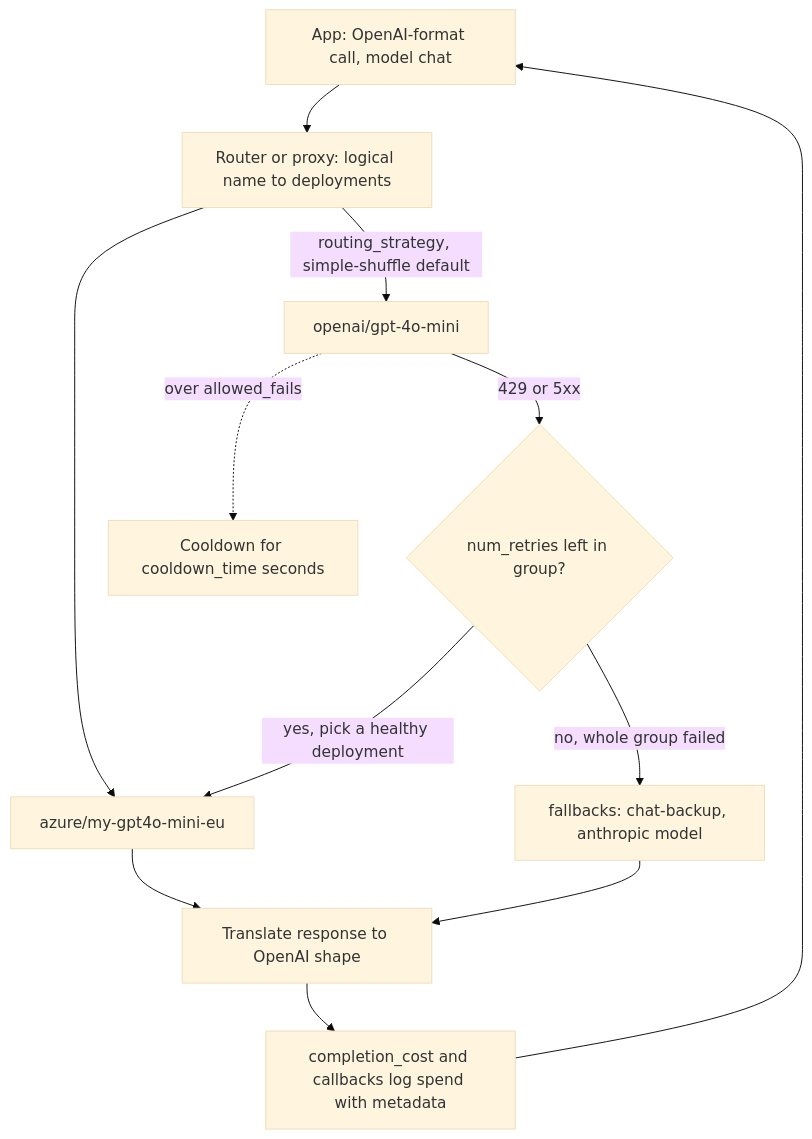
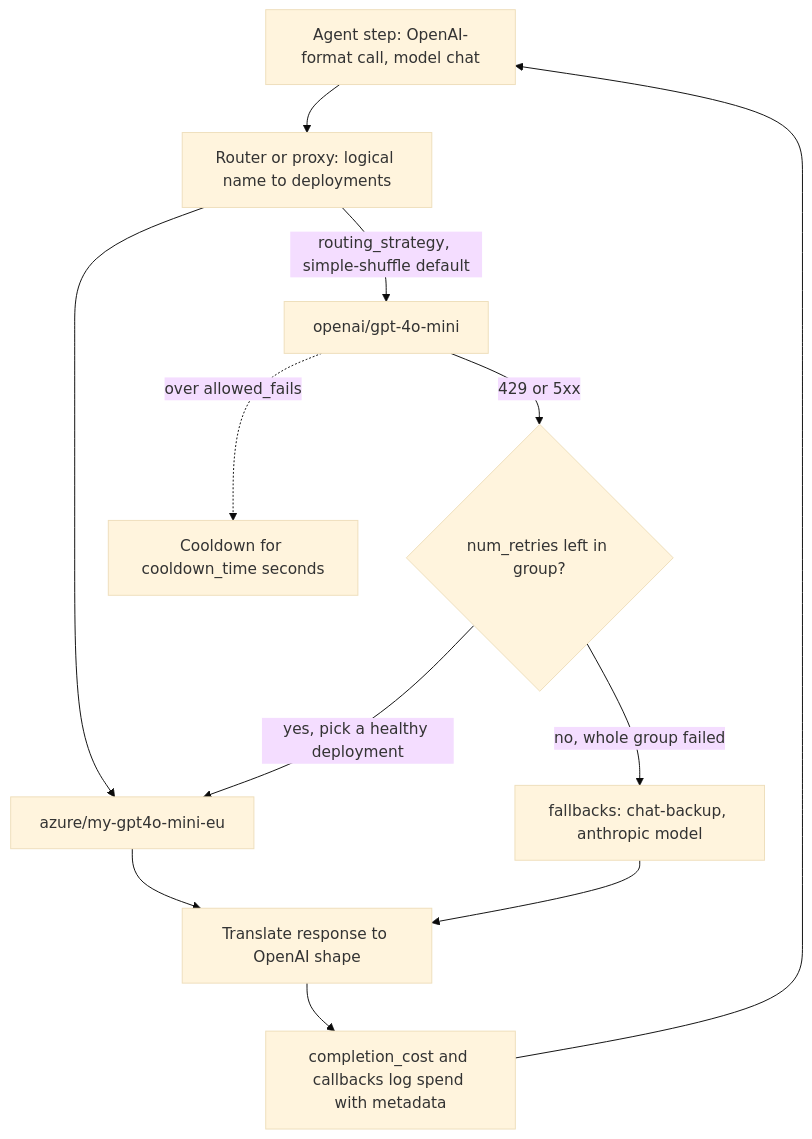
Before and after one commit to lovishmahajan97/agentic-learning: the diagram in content/python-for-ai/litellm.md, drawn with Mermaid (base theme). The commit also changed other lines of this file and 266 other files, not shown here.

````diff
--- a/content/python-for-ai/litellm.md
+++ b/content/python-for-ai/litellm.md
@@ -122,14 +140,14 @@
 ```mermaid
 flowchart TD
-    APP["App: OpenAI-format call, model chat"] --> R["Router or proxy: logical name to deployments"]
+    APP["Agent step: OpenAI-format call, model chat"] --> R["Router or proxy: logical name to deployments"]
     R -->|"routing_strategy, simple-shuffle default"| D1["openai/gpt-4o-mini"]
     R --> D2["azure/my-gpt4o-mini-eu"]
     D1 -->|"429 or 5xx"| RT{"num_retries left in group?"}
     RT -->|"yes, pick a healthy deployment"| D2
     D1 -.->|"over allowed_fails"| CD["Cooldown for cooldown_time seconds"]
     RT -->|"no, whole group failed"| FB["fallbacks: chat-backup, anthropic model"]
     D2 --> TX["Translate response to OpenAI shape"]
     FB --> TX
     TX --> COST["completion_cost and callbacks log spend with metadata"]
     COST --> APP
 ```
````
